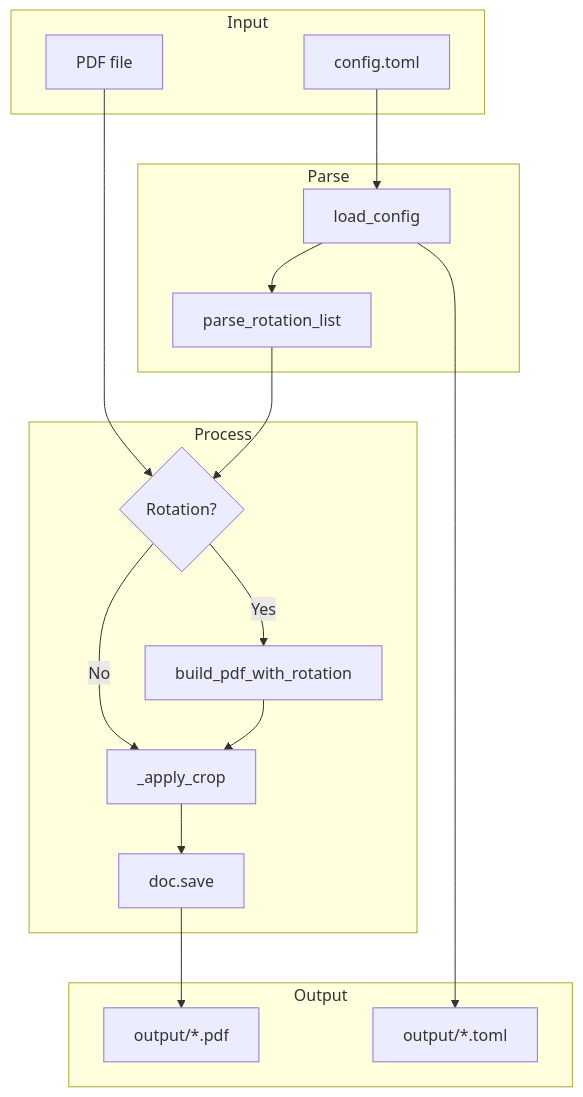
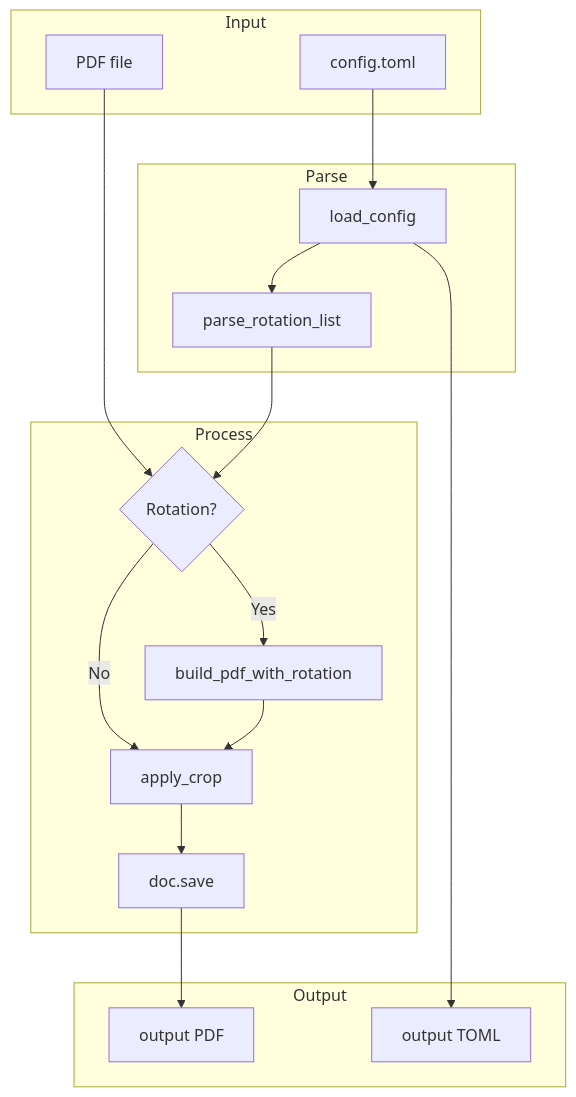
Before and after one commit to alexcode-cc/ebook-crop: the diagram in docs/TECHNICAL_ANALYSIS.md, drawn with Mermaid. The commit also changed 1 other file, not shown here.

Commit message:
fix(docs): 修正 mermaid 節點標籤特殊字元導致解析失敗
Made-with: Cursor

````diff
--- a/docs/TECHNICAL_ANALYSIS.md
+++ b/docs/TECHNICAL_ANALYSIS.md
@@ -48,35 +48,35 @@
 ```mermaid
 flowchart TD
-    subgraph Input [Input]
-        A[config.toml]
-        B[PDF file]
+    subgraph Input["Input"]
+        A["config.toml"]
+        B["PDF file"]
     end
 
-    subgraph Parse [Parse]
-        C[load_config]
-        D[parse_rotation_list]
+    subgraph Parse["Parse"]
+        C["load_config"]
+        D["parse_rotation_list"]
     end
 
-    subgraph Process [Process]
-        E{Rotation?}
-        F[build_pdf_with_rotation]
-        G[_apply_crop]
-        H[doc.save]
+    subgraph Process["Process"]
+        E{"Rotation?"}
+        F["build_pdf_with_rotation"]
+        G["apply_crop"]
+        H["doc.save"]
     end
 
-    subgraph Output [Output]
-        I[output/*.pdf]
-        J[output/*.toml]
+    subgraph Output["Output"]
+        I["output PDF"]
+        J["output TOML"]
     end
 
     A --> C
     C --> D
     B --> E
     D --> E
     E -- Yes --> F
     E -- No --> G
     F --> G
     G --> H
     H --> I
     C --> J
 ```
````
